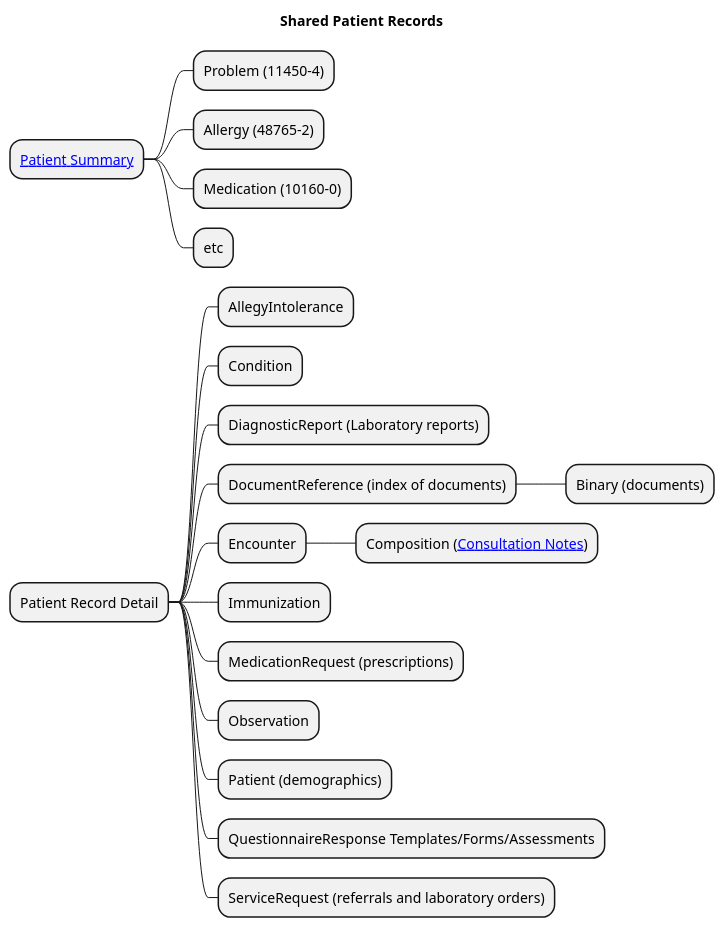
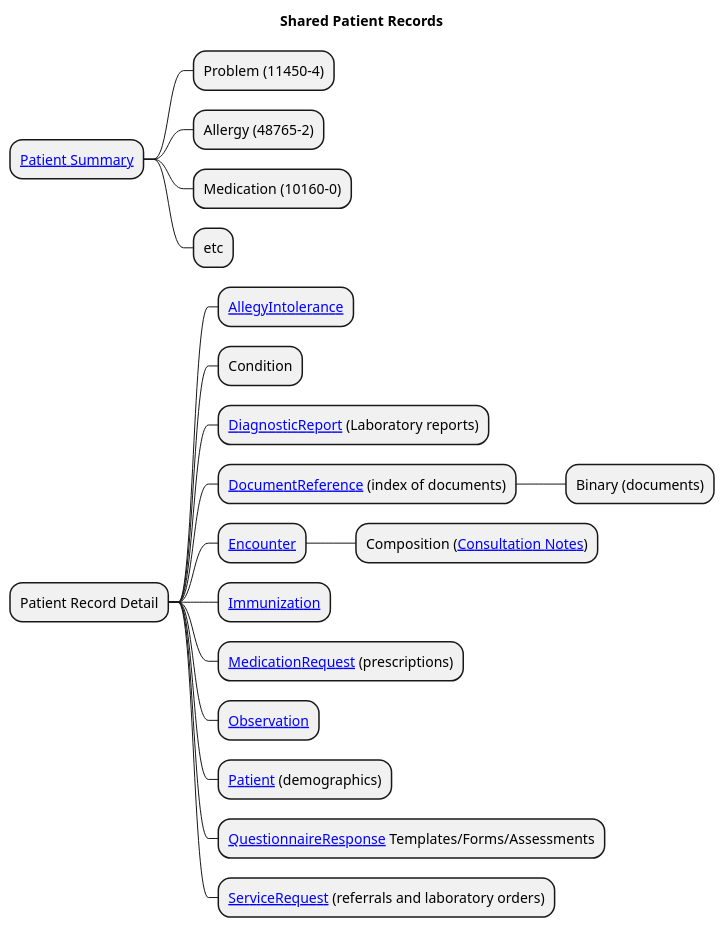
Before and after one commit to Virtually-Healthcare/virtually-healthcare.github.com: the diagram in input/images-source/shared-patient-records-mindmap.plantuml, drawn with PlantUML.

Commit message:
Shared Patient Record

```diff
--- a/input/images-source/shared-patient-records-mindmap.plantuml
+++ b/input/images-source/shared-patient-records-mindmap.plantuml
@@ -1,25 +1,25 @@
 @startmindmap
 
 title "Shared Patient Records"
 
 * [[StructureDefinition-PatientSummary.html Patient Summary]]
 ** Problem (11450-4)
 ** Allergy (48765-2)
 ** Medication (10160-0)
 ** etc
 * Patient Record Detail
-** AllegyIntolerance
+** [[StructureDefinition-AllergyIntolerance.html AllegyIntolerance]]
 ** Condition
-** DiagnosticReport (Laboratory reports)
-** DocumentReference (index of documents)
+** [[StructureDefinition-DiagnosticReport.html DiagnosticReport]] (Laboratory reports)
+** [[StructureDefinition-DocumentReference.html DocumentReference]] (index of documents)
 *** Binary (documents)
-** Encounter
+** [[StructureDefinition-Encounter.html Encounter]]
 *** Composition ([[StructureDefinition-ConsulationNote.html Consultation Notes]])
-** Immunization
-** MedicationRequest (prescriptions)
-** Observation
-** Patient (demographics)
-** QuestionnaireResponse Templates/Forms/Assessments
-** ServiceRequest (referrals and laboratory orders)
+** [[StructureDefinition-Immunization.html Immunization]]
+** [[StructureDefinition-MedicationRequest.html MedicationRequest]] (prescriptions)
+** [[StructureDefinition-Observation.html Observation]]
+** [[StructureDefinition-Patient.html Patient]] (demographics)
+** [[StructureDefinition-QuestionnaireResponse.html QuestionnaireResponse]] Templates/Forms/Assessments
+** [[StructureDefinition-ServiceRequest.html ServiceRequest]] (referrals and laboratory orders)
 
 @endtmindmap
```
